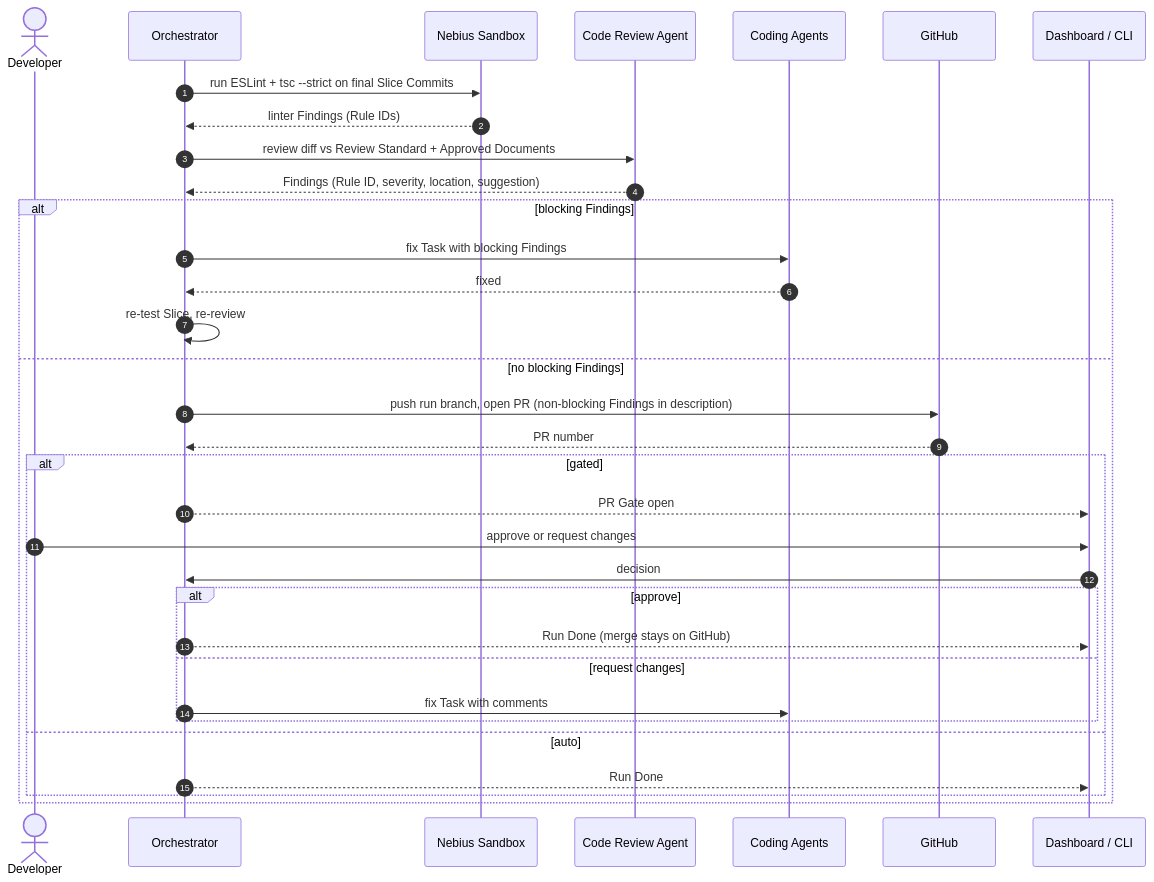
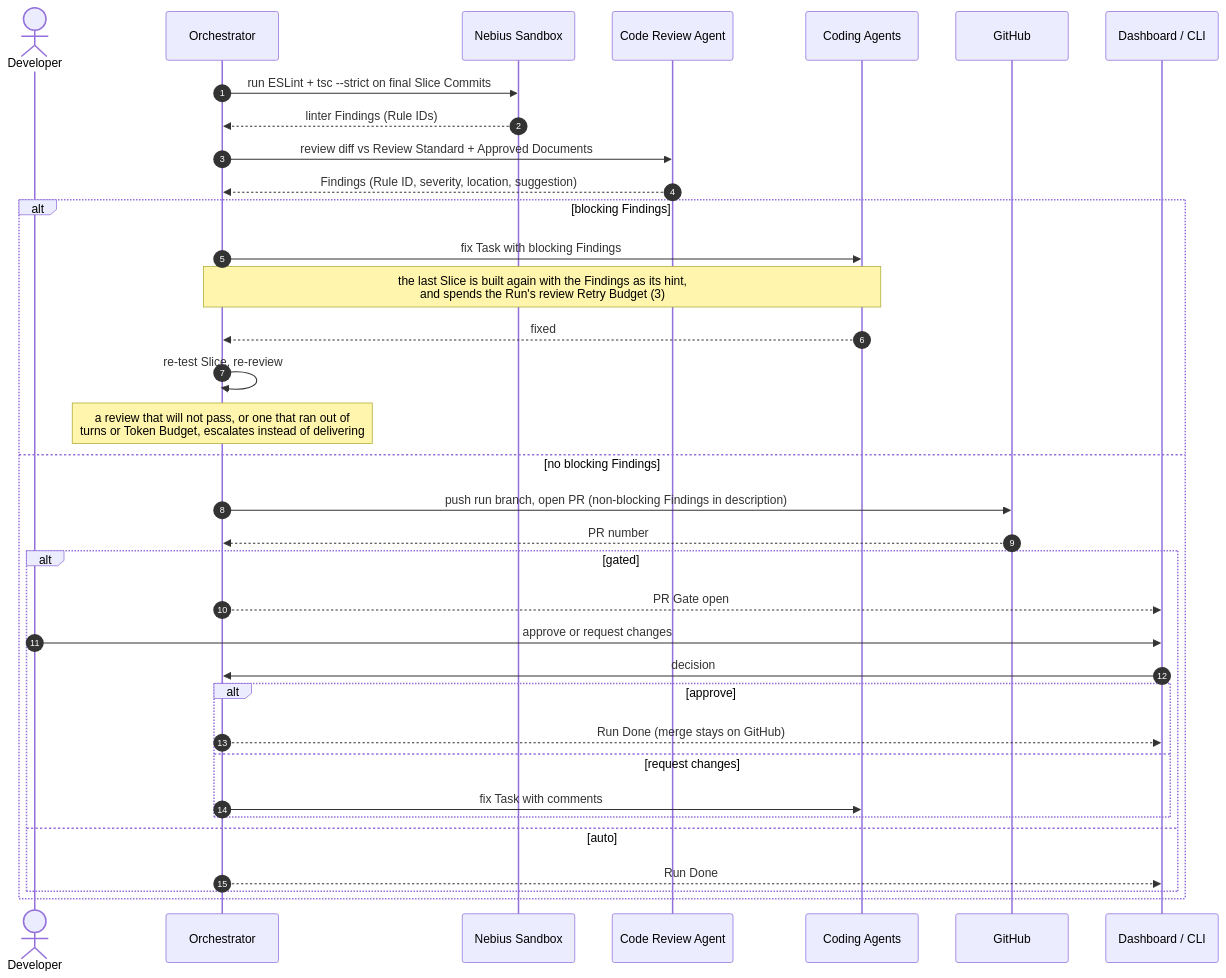
The ninth of 10 diagrams in docs/design/uml.md (ChinGuang/sdlc-code), drawn with Mermaid before and after one commit. The commit also changed other lines of this file and 19 other files, not shown here.

````diff
--- a/docs/design/uml.md
+++ b/docs/design/uml.md
@@ -469,36 +473,38 @@
 ```mermaid
 sequenceDiagram
   autonumber
   actor Dev as Developer
   participant O as Orchestrator
   participant S as Nebius Sandbox
   participant CR as Code Review Agent
   participant C as Coding Agents
   participant G as GitHub
   participant UI as Dashboard / CLI
 
   O->>S: run ESLint + tsc --strict on final Slice Commits
   S-->>O: linter Findings (Rule IDs)
   O->>CR: review diff vs Review Standard + Approved Documents
   CR-->>O: Findings (Rule ID, severity, location, suggestion)
   alt blocking Findings
     O->>C: fix Task with blocking Findings
+    Note over O,C: the last Slice is built again with the Findings as its hint,<br/>and spends the Run's review Retry Budget (3)
     C-->>O: fixed
     O->>O: re-test Slice, re-review
+    Note over O: a review that will not pass, or one that ran out of<br/>turns or Token Budget, escalates instead of delivering
   else no blocking Findings
     O->>G: push run branch, open PR (non-blocking Findings in description)
     G-->>O: PR number
     alt gated
       O-->>UI: PR Gate open
       Dev->>UI: approve or request changes
       UI->>O: decision
       alt approve
         O-->>UI: Run Done (merge stays on GitHub)
       else request changes
         O->>C: fix Task with comments
       end
     else auto
       O-->>UI: Run Done
     end
   end
 ```
````
